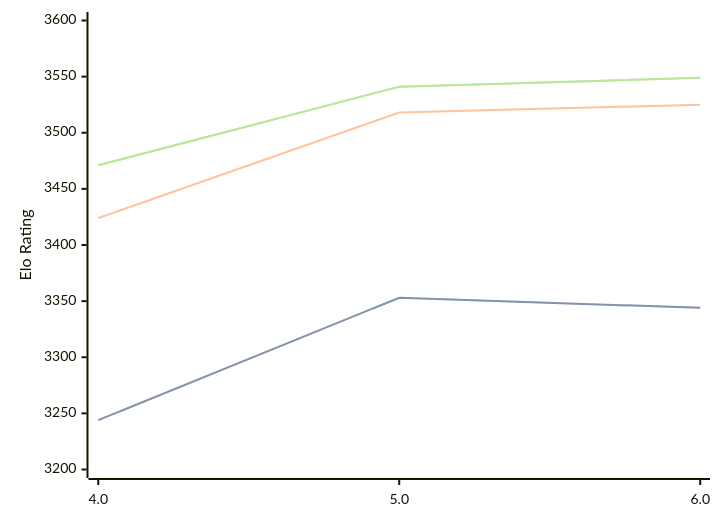
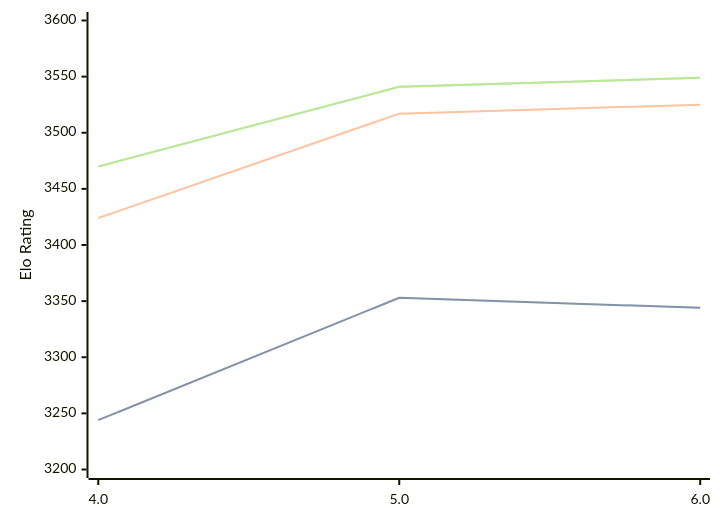
The diagram in engines/Tarnished.md (computer-chess-index/cci), drawn with Mermaid before and after one commit. The commit also changed other lines of this file, not shown here.

Commit message:
Update CCI Ratings (ELO VLTC) - 2026-08-02

````diff
--- a/engines/Tarnished.md
+++ b/engines/Tarnished.md
@@ -37,11 +37,11 @@
 ```mermaid
 %%{init: {"theme":"base","themeVariables":{"seriesColors:['#a3a3a3','#222221','#faa371']}}}%%
 xychart-beta
   x-axis ["4.0", "5.0", "6.0"]
   y-axis "Elo Rating" 3200 --> 3600
   line "STC (8.0+0.08s)" [3244, 3353, 3344]
   line "STC (8.0+0.08s)" [3244, 3353, 3344]
-  line "LTC (60.0+0.60s)" [3424, 3518, 3525]
-  line "VLTC (2m24s+1.12s)" [3471, 3541, 3549]
-  line "VLTC (2m24s+1.12s)" [3471, 3541, 3549]
+  line "LTC (60.0+0.60s)" [3424, 3517, 3525]
+  line "VLTC (2m24s+1.12s)" [3470, 3541, 3549]
+  line "VLTC (2m24s+1.12s)" [3470, 3541, 3549]
 ```
````
